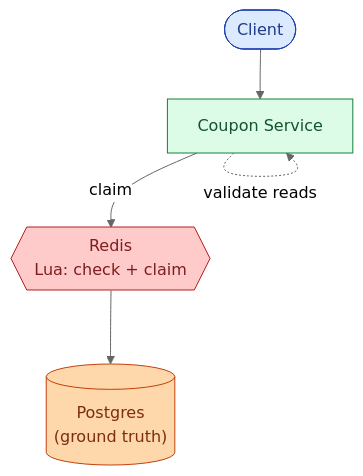
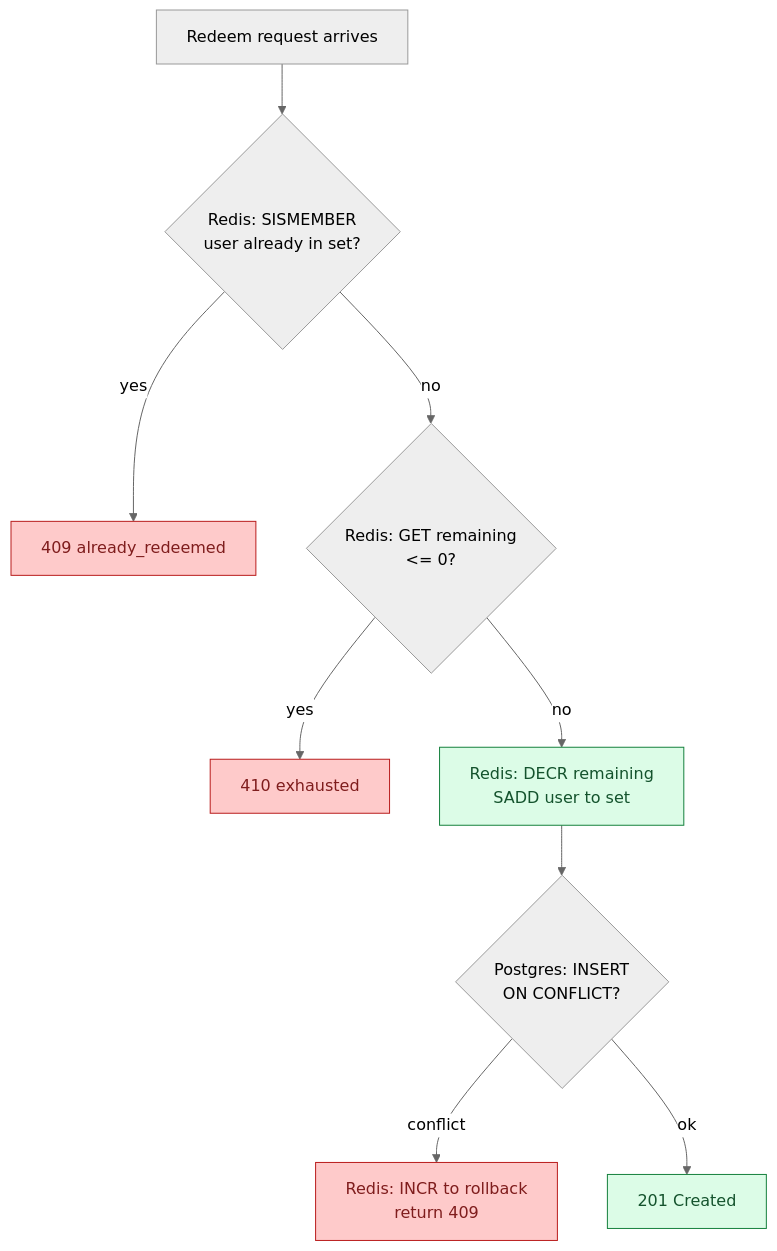
The sixth of 15 diagrams in _practice/system-design/014-coupon-redemption.md (shiningflash/shiningflash.github.io), drawn with Mermaid (neutral theme) before and after one commit. The commit also changed other lines of this file and 18 other files, not shown here.

````diff
--- a/_practice/system-design/014-coupon-redemption.md
+++ b/_practice/system-design/014-coupon-redemption.md
@@ -269,12 +250,14 @@
 ```mermaid
-flowchart TB
-    C([Client]):::user --> S["Coupon Service"]:::app
-    S -->|claim| R{{"Redis<br/>Lua: check + claim"}}:::cache
-    S -.validate reads.-> S
-    R --> DB[("Postgres<br/>(ground truth)")]:::db
+flowchart TD
+    Start["Redeem request arrives"] --> A{"Redis: SISMEMBER<br/>user already in set?"}
+    A -->|yes| Rej1["409 already_redeemed"]:::bad
+    A -->|no| B{"Redis: GET remaining<br/><= 0?"}
+    B -->|yes| Rej2["410 exhausted"]:::bad
+    B -->|no| C["Redis: DECR remaining<br/>SADD user to set"]:::ok
+    C --> D{"Postgres: INSERT<br/>ON CONFLICT?"}
+    D -->|conflict| E["Redis: INCR to rollback<br/>return 409"]:::bad
+    D -->|ok| F["201 Created"]:::ok
 
-    classDef user  fill:#dbeafe,stroke:#1e40af,color:#1e3a8a
-    classDef app   fill:#dcfce7,stroke:#15803d,color:#14532d
-    classDef db    fill:#fed7aa,stroke:#c2410c,color:#7c2d12
-    classDef cache fill:#fecaca,stroke:#b91c1c,color:#7f1d1d
+    classDef ok  fill:#dcfce7,stroke:#15803d,color:#14532d
+    classDef bad fill:#fecaca,stroke:#b91c1c,color:#7f1d1d
 ```
````
